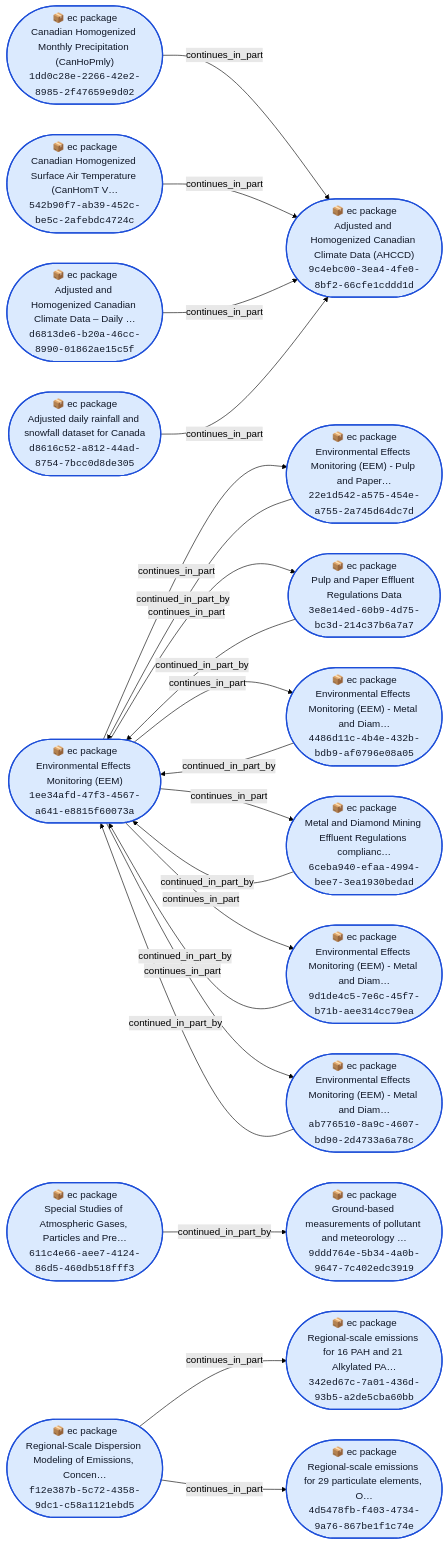
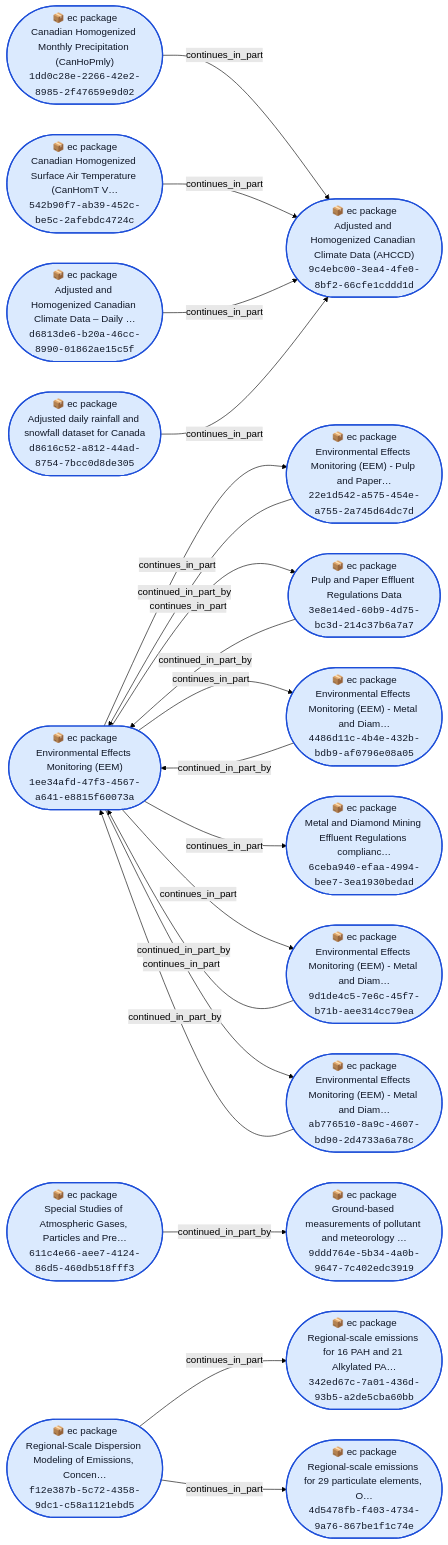
Before and after one commit to open-data/analytics-corporate-reporting: the diagram in DATA_RELS_NETWORK_RPT/charts/ec.md, drawn with Mermaid (forest theme). The commit also changed 13 other files, not shown here.

````diff
--- a/DATA_RELS_NETWORK_RPT/charts/ec.md
+++ b/DATA_RELS_NETWORK_RPT/charts/ec.md
@@ -3,59 +3,58 @@
 ```mermaid
 flowchart LR
   N1(["📦 ec package<br/>Canadian Homogenized Monthly Precipitation (CanHoPmly)<br/><code>1dd0c28e-2266-42e2-8985-2f47659e9d02</code>"])
   N2(["📦 ec package<br/>Environmental Effects Monitoring (EEM)<br/><code>1ee34afd-47f3-4567-a641-e8815f60073a</code>"])
   N3(["📦 ec package<br/>Environmental Effects Monitoring (EEM) - Pulp and Paper…<br/><code>22e1d542-a575-454e-a755-2a745d64dc7d</code>"])
   N4(["📦 ec package<br/>Regional-scale emissions for 16 PAH and 21 Alkylated PA…<br/><code>342ed67c-7a01-436d-93b5-a2de5cba60bb</code>"])
   N5(["📦 ec package<br/>Pulp and Paper Effluent Regulations Data<br/><code>3e8e14ed-60b9-4d75-bc3d-214c37b6a7a7</code>"])
   N6(["📦 ec package<br/>Environmental Effects Monitoring (EEM) - Metal and Diam…<br/><code>4486d11c-4b4e-432b-bdb9-af0796e08a05</code>"])
   N7(["📦 ec package<br/>Regional-scale emissions for 29 particulate elements, O…<br/><code>4d5478fb-f403-4734-9a76-867be1f1c74e</code>"])
   N8(["📦 ec package<br/>Canadian Homogenized Surface Air Temperature (CanHomT V…<br/><code>542b90f7-ab39-452c-be5c-2afebdc4724c</code>"])
   N9(["📦 ec package<br/>Special Studies of Atmospheric Gases, Particles and Pre…<br/><code>611c4e66-aee7-4124-86d5-460db518fff3</code>"])
   N10(["📦 ec package<br/>Metal and Diamond Mining Effluent Regulations complianc…<br/><code>6ceba940-efaa-4994-bee7-3ea1930bedad</code>"])
   N11(["📦 ec package<br/>Adjusted and Homogenized Canadian Climate Data (AHCCD)<br/><code>9c4ebc00-3ea4-4fe0-8bf2-66cfe1cddd1d</code>"])
   N12(["📦 ec package<br/>Environmental Effects Monitoring (EEM) - Metal and Diam…<br/><code>9d1de4c5-7e6c-45f7-b71b-aee314cc79ea</code>"])
   N13(["📦 ec package<br/>Ground-based measurements of pollutant and meteorology …<br/><code>9ddd764e-5b34-4a0b-9647-7c402edc3919</code>"])
   N14(["📦 ec package<br/>Environmental Effects Monitoring (EEM) - Metal and Diam…<br/><code>ab776510-8a9c-4607-bd90-2d4733a6a78c</code>"])
   N15(["📦 ec package<br/>Adjusted and Homogenized Canadian Climate Data – Daily …<br/><code>d6813de6-b20a-46cc-8990-01862ae15c5f</code>"])
   N16(["📦 ec package<br/>Adjusted daily rainfall and snowfall dataset for Canada<br/><code>d8616c52-a812-44ad-8754-7bcc0d8de305</code>"])
   N17(["📦 ec package<br/>Regional-Scale Dispersion Modeling of Emissions, Concen…<br/><code>f12e387b-5c72-4358-9dc1-c58a1121ebd5</code>"])
   N1 -- "continues_in_part" --> N11
   N2 -- "continues_in_part" --> N3
   N2 -- "continues_in_part" --> N5
   N2 -- "continues_in_part" --> N6
   N2 -- "continues_in_part" --> N10
   N2 -- "continues_in_part" --> N12
   N2 -- "continues_in_part" --> N14
   N3 -- "continued_in_part_by" --> N2
   N5 -- "continued_in_part_by" --> N2
   N6 -- "continued_in_part_by" --> N2
   N8 -- "continues_in_part" --> N11
   N9 -- "continued_in_part_by" --> N13
-  N10 -- "continued_in_part_by" --> N2
   N12 -- "continued_in_part_by" --> N2
   N14 -- "continued_in_part_by" --> N2
   N15 -- "continues_in_part" --> N11
   N16 -- "continues_in_part" --> N11
   N17 -- "continues_in_part" --> N4
   N17 -- "continues_in_part" --> N7
   class N1 seed
   class N2 seed
   class N3 seed
   class N4 seed
   class N5 seed
   class N6 seed
   class N7 seed
   class N8 seed
   class N9 seed
   class N10 seed
   class N11 seed
   class N12 seed
   class N13 seed
   class N14 seed
   class N15 seed
   class N16 seed
   class N17 seed
   classDef seed fill:#dbeafe,stroke:#1d4ed8,stroke-width:2px,color:#111827
   classDef other fill:#ecfccb,stroke:#4d7c0f,stroke-width:1px,color:#111827
   classDef url fill:#f3f4f6,stroke:#6b7280,stroke-dasharray: 4 3,color:#111827
 ```
````
